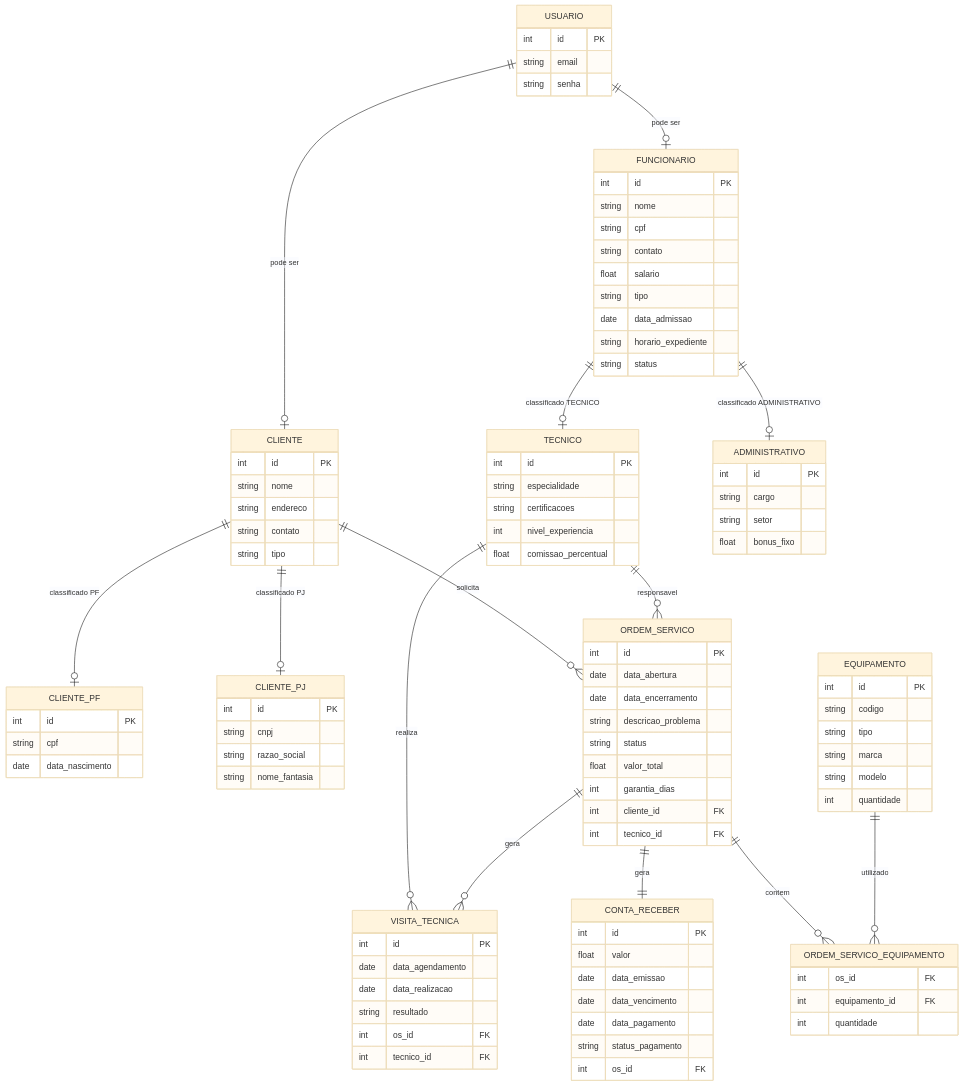
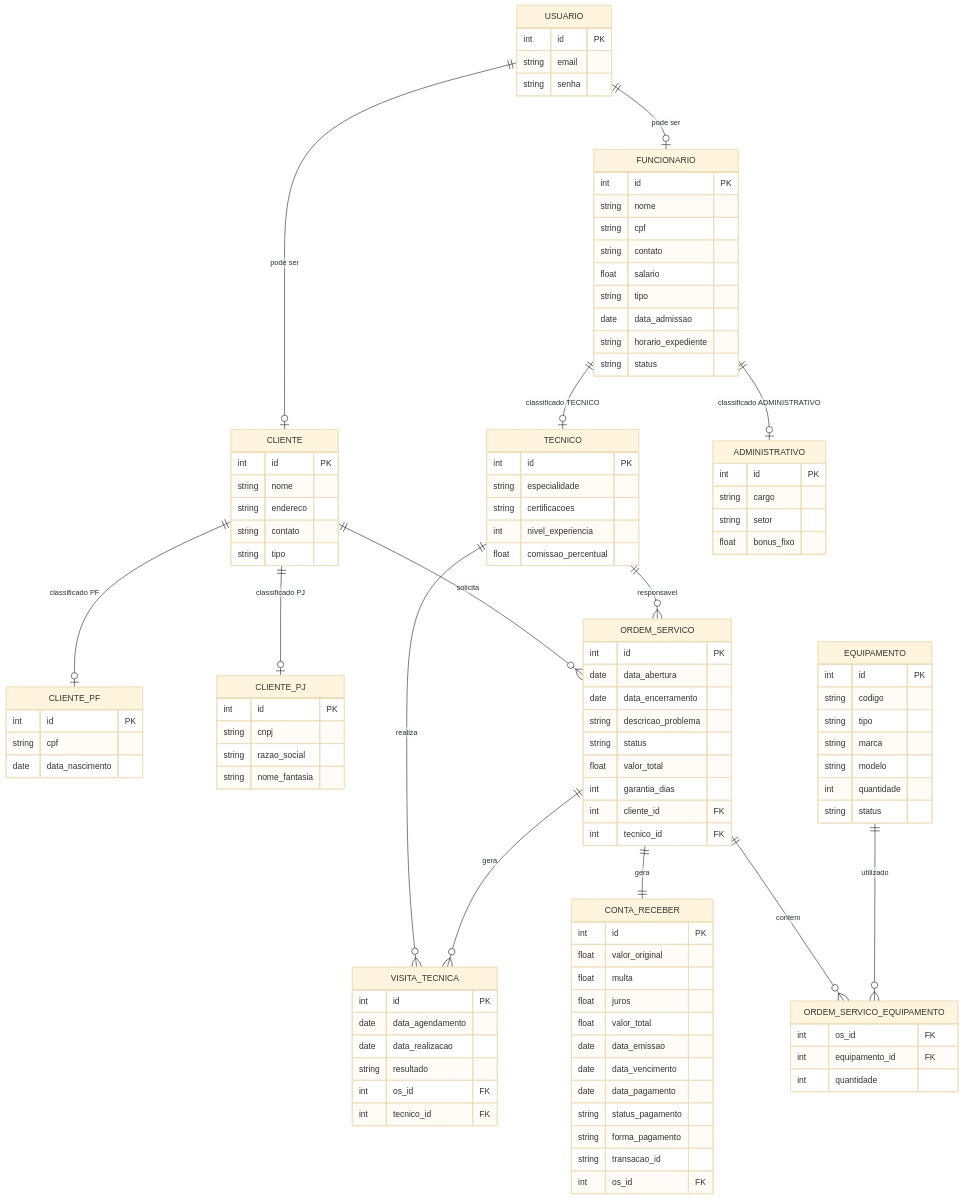
One commit to araujodemedeirosmariana-jpg/assist-ncia-tecnica changed the diagram in docs/doc-modelos.md. Above: the diagram before and after it, drawn with Mermaid (base theme). The commit also changed other lines of this file and 2 other files, not shown here.

```diff
--- a/docs/doc-modelos.md
+++ b/docs/doc-modelos.md
@@ -78,6 +78,7 @@
         string marca
         string modelo
         int quantidade
+        string status
     }
     
     VISITA_TECNICA {
@@ -91,11 +92,16 @@
     
     CONTA_RECEBER {
         int id PK
-        float valor
+        float valor_original
+        float multa
+        float juros
+        float valor_total
         date data_emissao
         date data_vencimento
         date data_pagamento
         string status_pagamento
+        string forma_pagamento
+        string transacao_id
         int os_id FK
     }
     
```
